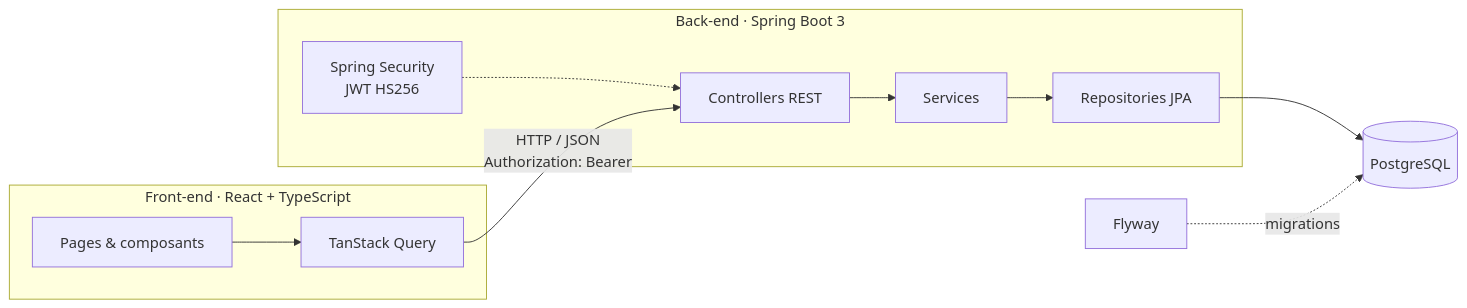
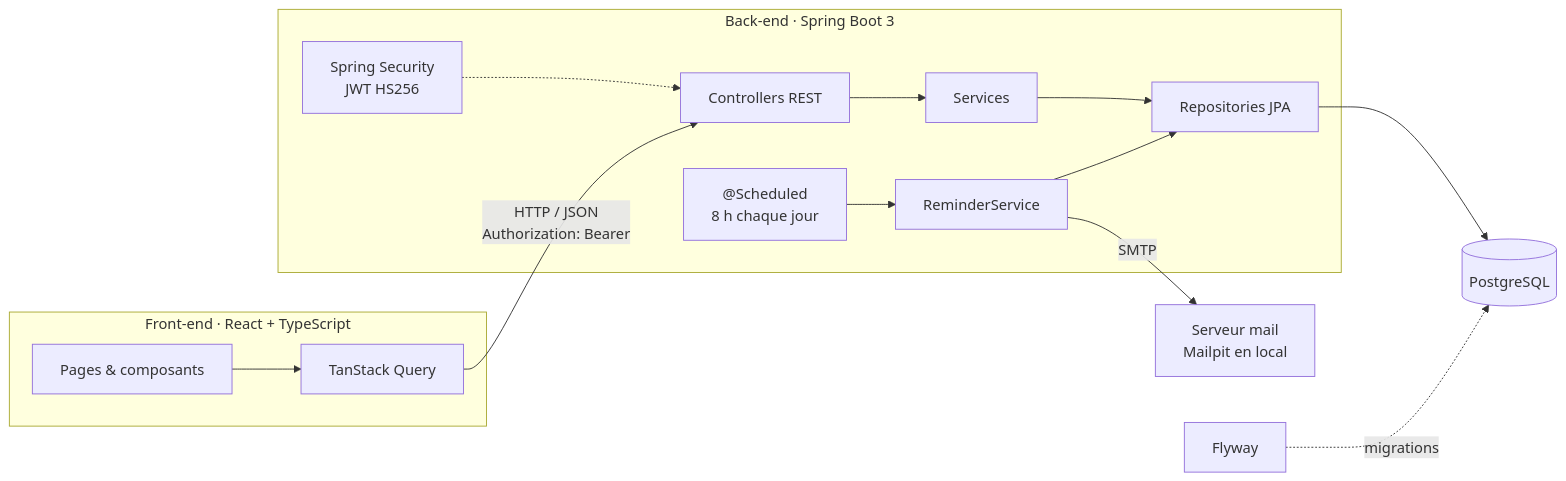
Before and after one commit to Walidee27/ApplyTrack: the diagram in README.md, drawn with Mermaid. The commit also changed other lines of this file and 40 other files, not shown here.

````diff
--- a/README.md
+++ b/README.md
@@ -19,14 +21,17 @@
 ```mermaid
 flowchart LR
     subgraph Front["Front-end · React + TypeScript"]
         UI[Pages & composants] --> RQ[TanStack Query]
     end
     subgraph Back["Back-end · Spring Boot 3"]
         C[Controllers REST] --> S[Services]
         S --> R[Repositories JPA]
         SEC[Spring Security<br/>JWT HS256] -.-> C
+        CRON["@Scheduled<br/>8 h chaque jour"] --> RS[ReminderService]
+        RS --> R
     end
     RQ -- "HTTP / JSON<br/>Authorization: Bearer" --> C
     R --> DB[(PostgreSQL)]
     FW[Flyway] -. migrations .-> DB
+    RS -- SMTP --> MAIL[Serveur mail<br/>Mailpit en local]
 ```
````
